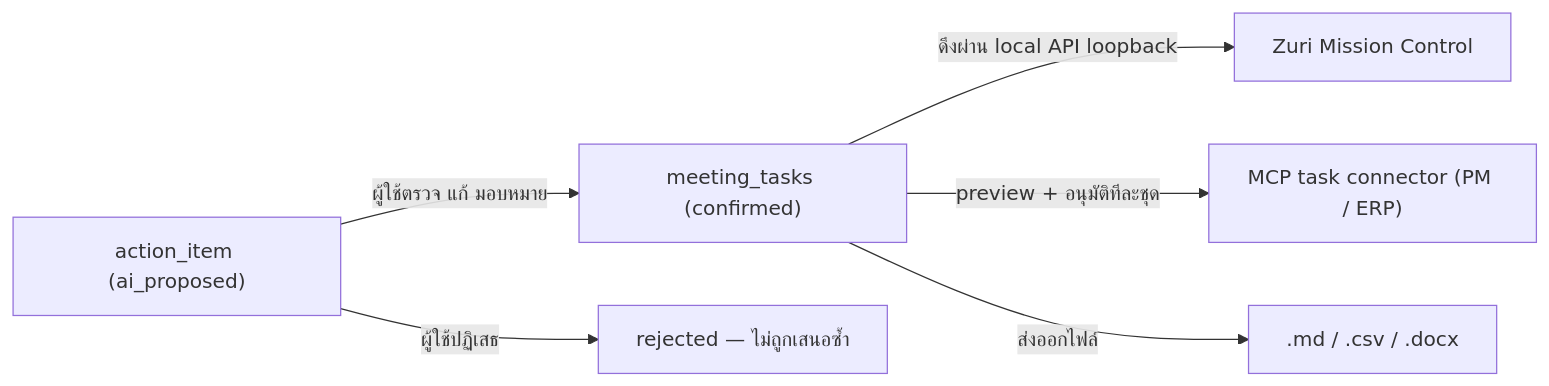
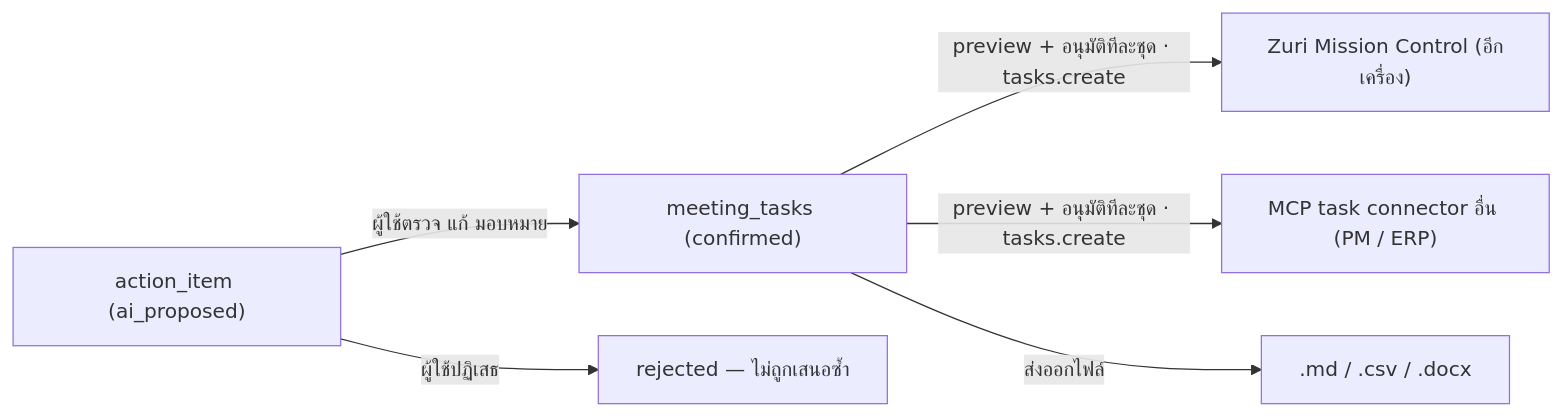
One commit to Freshair129/FUNG changed the diagram in docs/specs/2026-11-27-meeting-task-assignment-and-dispatch.md. Above: the diagram before and after it, drawn with Mermaid. The commit also changed other lines of this file, not shown here.

First line of the commit message:
docs(spec): send tasks out to Zuri on another machine

````diff
--- a/docs/specs/2026-11-27-meeting-task-assignment-and-dispatch.md
+++ b/docs/specs/2026-11-27-meeting-task-assignment-and-dispatch.md
@@ -51,8 +51,8 @@
 ```mermaid
 flowchart LR
   AI["action_item (ai_proposed)"] -->|ผู้ใช้ตรวจ แก้ มอบหมาย| T["meeting_tasks (confirmed)"]
   AI -->|ผู้ใช้ปฏิเสธ| R["rejected — ไม่ถูกเสนอซ้ำ"]
-  T -->|ดึงผ่าน local API loopback| Z["Zuri Mission Control"]
-  T -->|preview + อนุมัติทีละชุด| M["MCP task connector (PM / ERP)"]
+  T -->|preview + อนุมัติทีละชุด · tasks.create| Z["Zuri Mission Control (อีกเครื่อง)"]
+  T -->|preview + อนุมัติทีละชุด · tasks.create| M["MCP task connector อื่น (PM / ERP)"]
   T -->|ส่งออกไฟล์| F[".md / .csv / .docx"]
 ```
````
